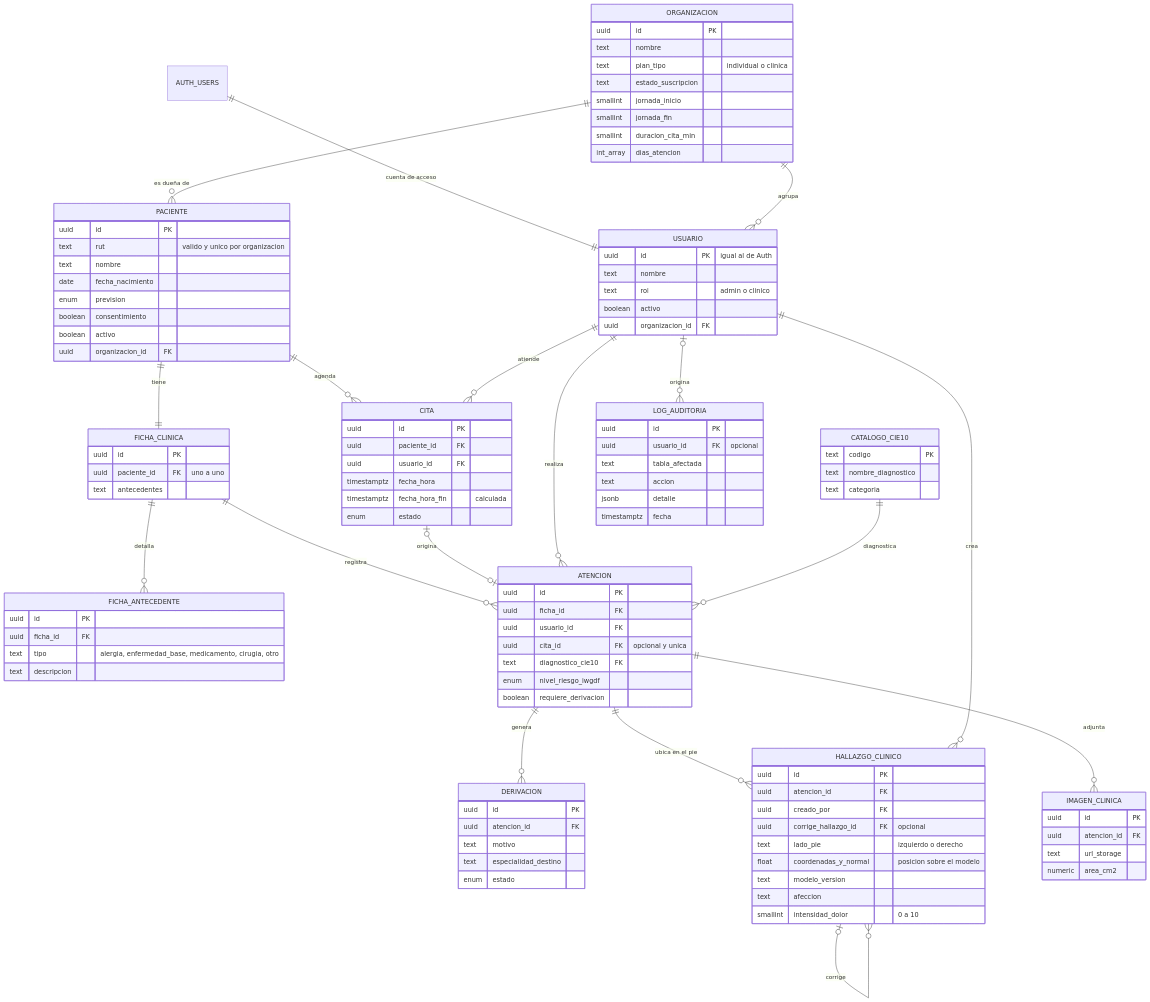
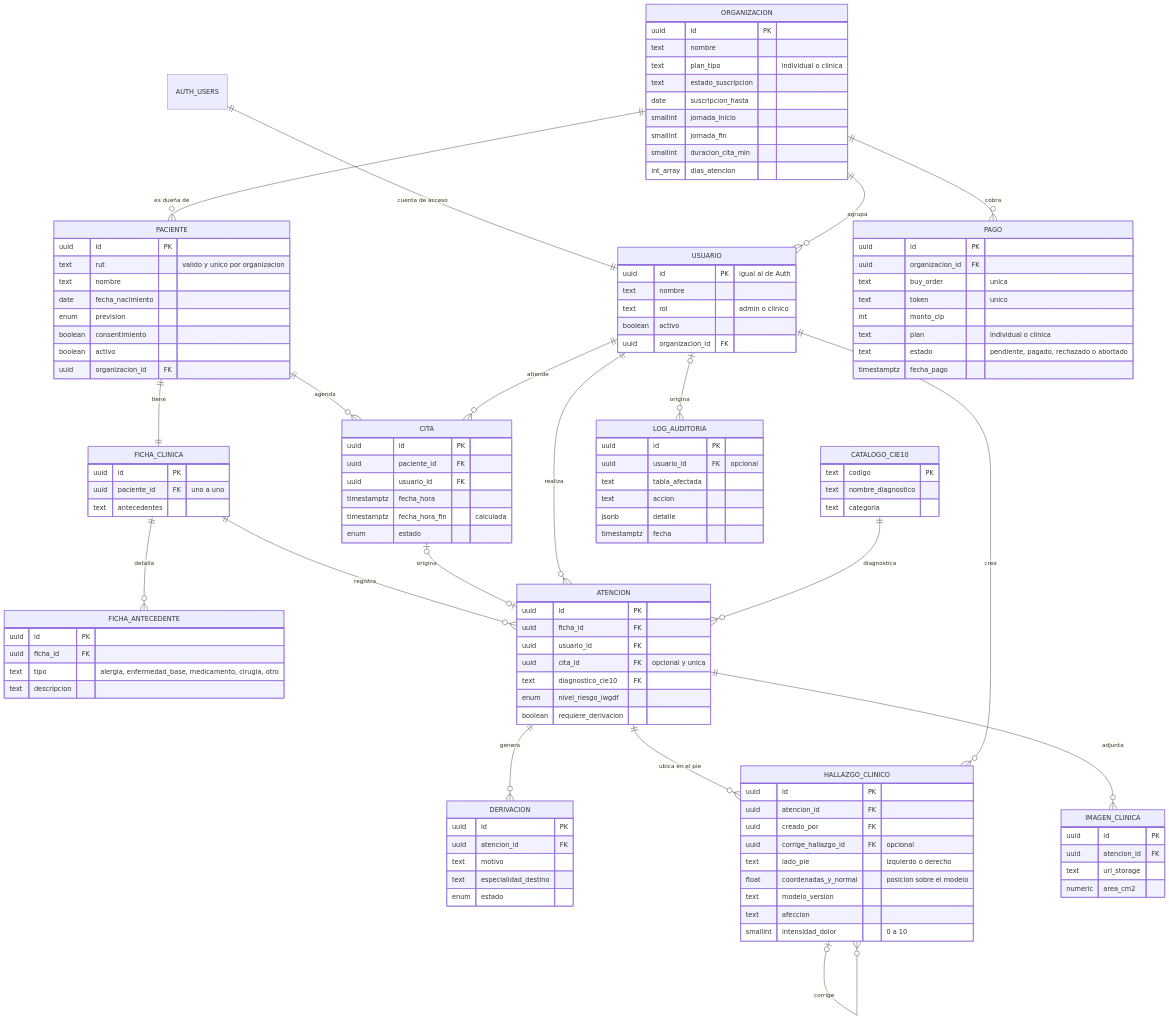
One commit to MarceloCaballeroo/CAPSTONE changed the third of 3 diagrams in README.md. Above: the diagram before and after it, drawn with Mermaid. The commit also changed other lines of this file and 17 other files, not shown here.

```diff
--- a/README.md
+++ b/README.md
@@ -180,6 +188,7 @@
     AUTH_USERS ||--|| USUARIO : "cuenta de acceso"
     ORGANIZACION ||--o{ USUARIO : "agrupa"
     ORGANIZACION ||--o{ PACIENTE : "es dueña de"
+    ORGANIZACION ||--o{ PAGO : "cobra"
     PACIENTE ||--|| FICHA_CLINICA : "tiene"
     FICHA_CLINICA ||--o{ FICHA_ANTECEDENTE : "detalla"
     FICHA_CLINICA ||--o{ ATENCION : "registra"
@@ -195,11 +204,23 @@
     HALLAZGO_CLINICO |o--o{ HALLAZGO_CLINICO : "corrige"
     USUARIO |o--o{ LOG_AUDITORIA : "origina"
 
+    PAGO {
+        uuid id PK
+        uuid organizacion_id FK
+        text buy_order "unica"
+        text token "unico"
+        int monto_clp
+        text plan "individual o clinica"
+        text estado "pendiente, pagado, rechazado o abortado"
+        timestamptz fecha_pago
+    }
+
     ORGANIZACION {
         uuid id PK
         text nombre
         text plan_tipo "individual o clinica"
         text estado_suscripcion
+        date suscripcion_hasta
         smallint jornada_inicio
         smallint jornada_fin
         smallint duracion_cita_min
```
